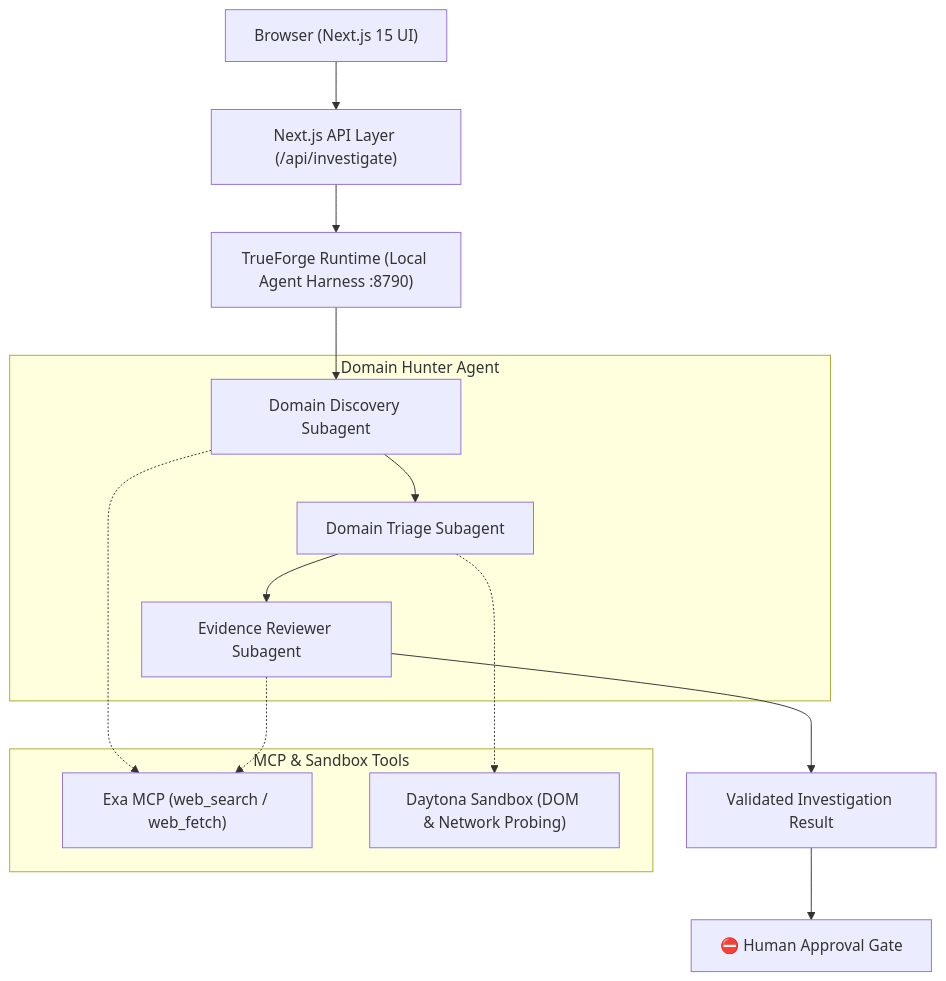
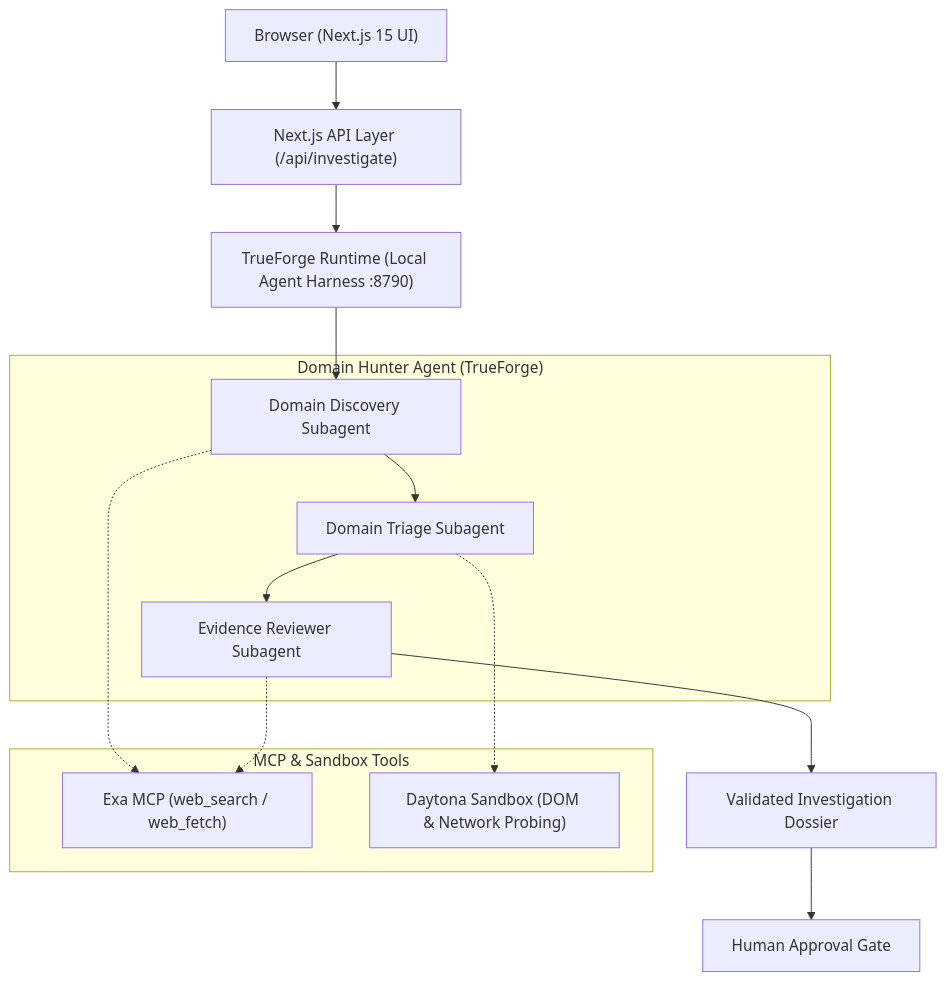
Before and after one commit to oNk2r/domain-hunter: the second of 2 diagrams in README.md, drawn with Mermaid. The commit also changed other lines of this file and 1 other file, not shown here.

Commit message:
feat: add MIT license and update project documentation for the TrueForge agent harness

````diff
--- a/README.md
+++ b/README.md
@@ -17,31 +93,31 @@
 ```mermaid
 graph TD
     Browser["Browser (Next.js 15 UI)"]
     NextAPI["Next.js API Layer (/api/investigate)"]
     TrueForge["TrueForge Runtime (Local Agent Harness :8790)"]
     
-    subgraph AgentPipeline ["Domain Hunter Agent"]
+    subgraph AgentPipeline ["Domain Hunter Agent (TrueForge)"]
         Discovery["Domain Discovery Subagent"]
         Triage["Domain Triage Subagent"]
         Evidence["Evidence Reviewer Subagent"]
     end
     
     subgraph ToolsHarness ["MCP & Sandbox Tools"]
         Exa["Exa MCP (web_search / web_fetch)"]
         Sandbox["Daytona Sandbox (DOM & Network Probing)"]
     end
     
-    Result["Validated Investigation Result"]
-    ApprovalGate["⛔ Human Approval Gate"]
+    Result["Validated Investigation Dossier"]
+    ApprovalGate["Human Approval Gate"]
 
     Browser --> NextAPI
     NextAPI --> TrueForge
     TrueForge --> Discovery
     Discovery --> Triage
     Triage --> Evidence
     Discovery -.-> Exa
     Triage -.-> Sandbox
     Evidence -.-> Exa
     Evidence --> Result
     Result --> ApprovalGate
 ```
````
